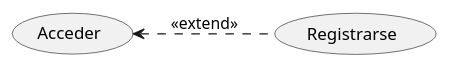
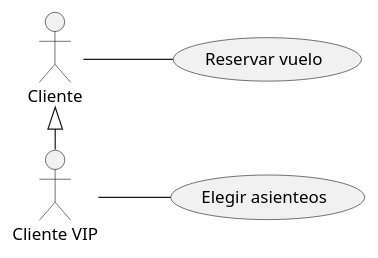
Before and after one commit to tatianagarijo/UMLClasesUsoTatianaGarijo: the diagram in src/ClasesUso.puml, drawn with PlantUML. The commit also changed 4 other files, not shown here.

```diff
--- a/src/ClasesUso.puml
+++ b/src/ClasesUso.puml
@@ -2,6 +2,10 @@
 @startuml
 left to right direction
-usecase (Acceder) as UC1
-usecase (Registrarse) as UC2
-UC1 <.. UC2 : <<extend>>
+:Cliente: as cli
+usecase (Reservar vuelo) as UC1
+usecase (Elegir asienteos) as UC2
+:Cliente VIP: as vip
+cli <|- vip
+cli -- UC1
+vip -- UC2
 @enduml
```
